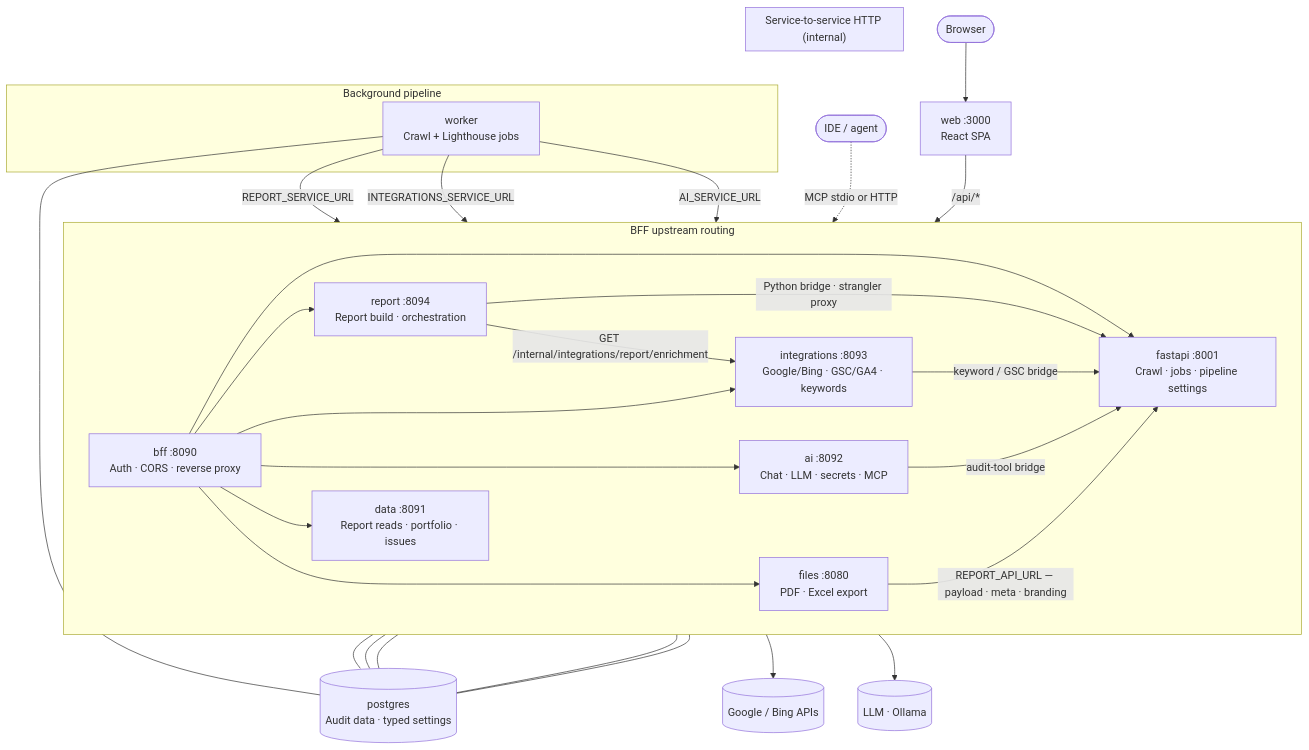
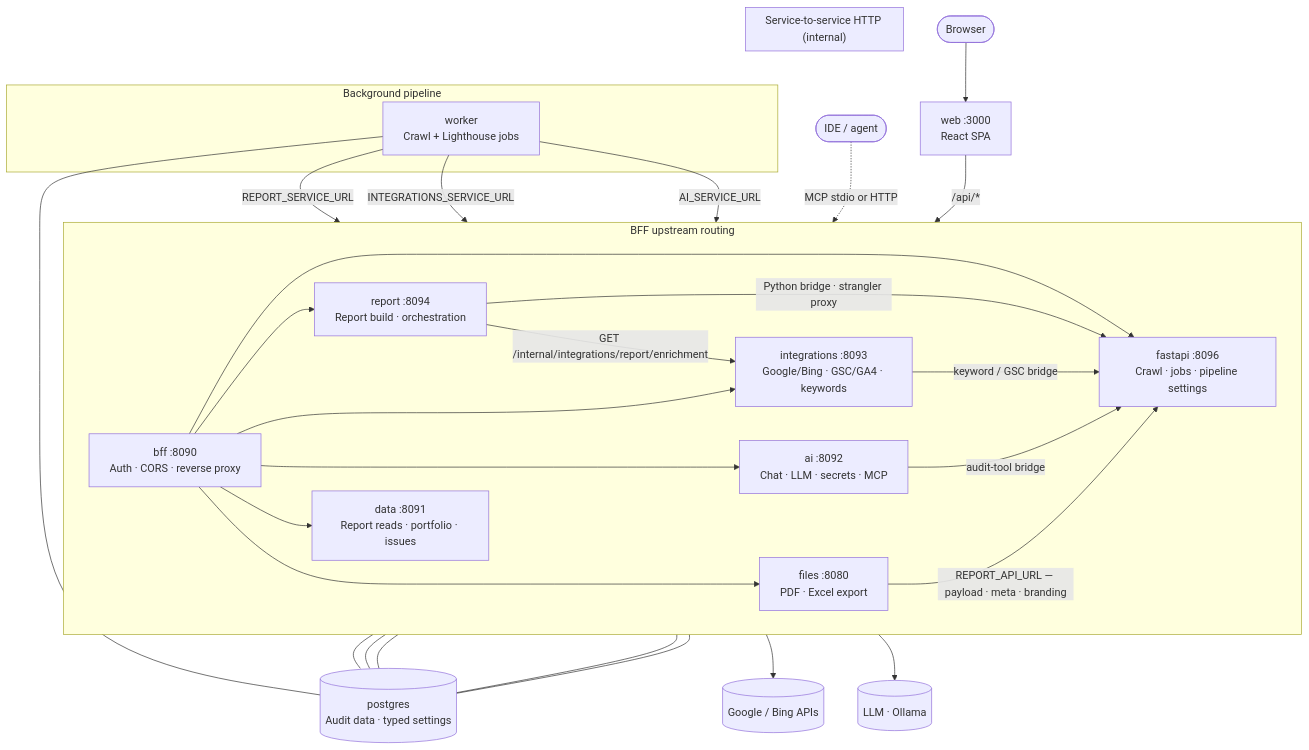
Before and after one commit to codefrydev/WebsiteProfiling: the diagram in README.md, drawn with Mermaid. The commit also changed other lines of this file and 32 other files, not shown here.

Commit message:
Fast api Port Change

````diff
--- a/README.md
+++ b/README.md
@@ -145,44 +145,44 @@
 ```mermaid
 flowchart TB
     Browser([Browser]) --> Web["web :3000<br/>React SPA"]
     Web -->|"/api/*"| BFF["bff :8090<br/>Auth · CORS · reverse proxy"]
 
     subgraph BffRoutes["BFF upstream routing"]
         direction LR
-        BFF --> FastAPI["fastapi :8001<br/>Crawl · jobs · pipeline settings"]
+        BFF --> FastAPI["fastapi :8096<br/>Crawl · jobs · pipeline settings"]
         BFF --> Report["report :8094<br/>Report build · orchestration"]
         BFF --> Integrations["integrations :8093<br/>Google/Bing · GSC/GA4 · keywords"]
         BFF --> Ai["ai :8092<br/>Chat · LLM · secrets · MCP"]
         BFF --> Data["data :8091<br/>Report reads · portfolio · issues"]
         BFF --> Files["files :8080<br/>PDF · Excel export"]
     end
 
     subgraph Pipeline["Background pipeline"]
         Worker["worker<br/>Crawl + Lighthouse jobs"]
         Worker -->|"REPORT_SERVICE_URL"| Report
         Worker -->|"INTEGRATIONS_SERVICE_URL"| Integrations
         Worker -->|"AI_SERVICE_URL"| Ai
     end
 
     subgraph Internal["Service-to-service HTTP (internal)"]
         direction TB
         Report -->|"Python bridge · strangler proxy"| FastAPI
         Report -->|"GET /internal/integrations/report/enrichment"| Integrations
         Integrations -->|"keyword / GSC bridge"| FastAPI
         Ai -->|"audit-tool bridge"| FastAPI
         Files -->|"REPORT_API_URL — payload · meta · branding"| FastAPI
     end
 
     Postgres[("postgres<br/>Audit data · typed settings")]
 
     FastAPI --- Postgres
     Worker --- Postgres
     Report --- Postgres
     Integrations --- Postgres
     Ai --- Postgres
     Data --- Postgres
 
     Integrations --> Google[(Google / Bing APIs)]
     Ai --> LLM[(LLM · Ollama)]
     MCP([IDE / agent]) -.->|"MCP stdio or HTTP"| Ai
 ```
````
